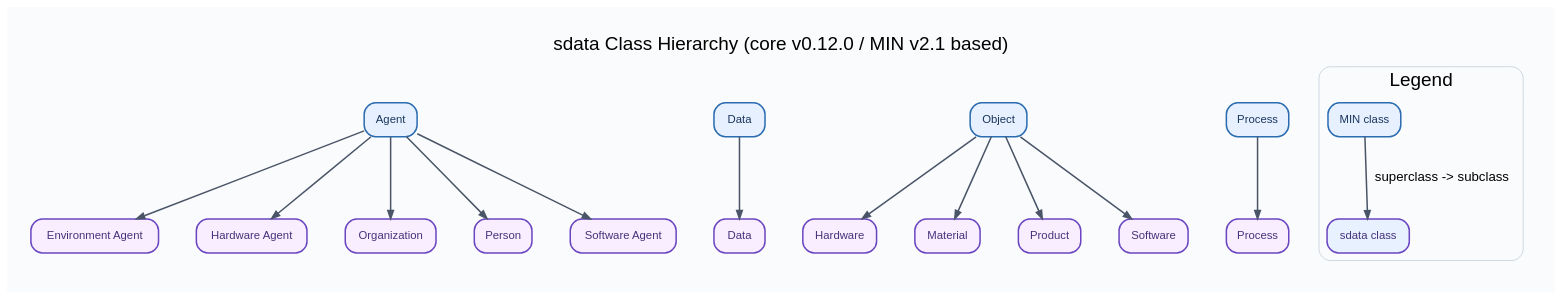
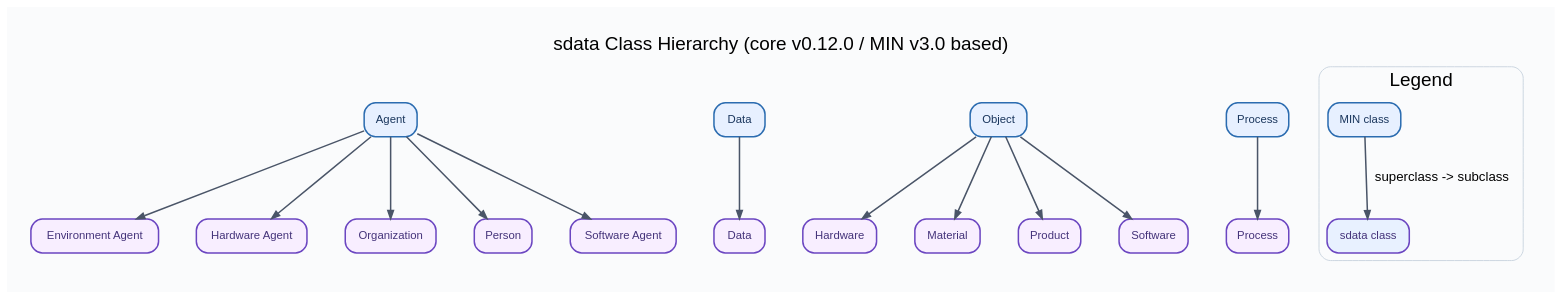
The diagram in docs/diagrams/sdata-class-hierarchy.dot (lepy/sdata-ontology), drawn with Graphviz before and after one commit. The commit also changed 27 other files, not shown here.

```diff
--- a/docs/diagrams/sdata-class-hierarchy.dot
+++ b/docs/diagrams/sdata-class-hierarchy.dot
@@ -1,119 +1,119 @@
 digraph "" {
 	graph [bgcolor="#FAFBFC",
 		fontname=Helvetica,
 		fontsize=20,
-		label="sdata Class Hierarchy (core v0.12.0 / MIN v2.1 based)",
+		label="sdata Class Hierarchy (core v0.12.0 / MIN v3.0 based)",
 		labeljust=c,
 		labelloc=t,
 		nodesep=0.55,
 		overlap=false,
 		pad=0.35,
 		rankdir=TB,
 		ranksep=1.0,
 		splines=true
 	];
 	node [fontname=Helvetica,
 		fontsize=12,
 		label="\N",
 		margin="0.14,0.08",
 		penwidth=1.6,
 		shape=box,
 		style="filled,rounded"
 	];
 	edge [arrowsize=0.85,
 		color="#4A5568",
 		fontname=Helvetica,
 		penwidth=1.6
 	];
 	subgraph min_rank {
 		graph [rank=same,
 			style=invis
 		];
 		"https://w3id.org/min#Agent"	[color="#2B6CB0",
 			fillcolor="#E7F0FF",
 			fontcolor="#1A365D",
 			label=Agent];
 		"https://w3id.org/min#Data"	[color="#2B6CB0",
 			fillcolor="#E7F0FF",
 			fontcolor="#1A365D",
 			label=Data];
 		"https://w3id.org/min#Object"	[color="#2B6CB0",
 			fillcolor="#E7F0FF",
 			fontcolor="#1A365D",
 			label=Object];
 		"https://w3id.org/min#Process"	[color="#2B6CB0",
 			fillcolor="#E7F0FF",
 			fontcolor="#1A365D",
 			label=Process];
 	}
 	subgraph cluster_legend {
 		graph [color="#CBD5E0",
 			label=Legend,
 			style=rounded
 		];
 		legend_min	[color="#2B6CB0",
 			fillcolor="#E7F0FF",
 			fontcolor="#1A365D",
 			label="MIN class"];
 		legend_sdata	[color="#6B46C1",
 			fillcolor="#E8F1FF",
 			fontcolor="#44337A",
 			label="sdata class"];
 		legend_min -> legend_sdata	[label="superclass -> subclass"];
 	}
 	"https://w3id.org/sdata/core/EnvironmentAgent"	[color="#6B46C1",
 		fillcolor="#F8EEFF",
 		fontcolor="#44337A",
 		label="Environment Agent"];
 	"https://w3id.org/min#Agent" -> "https://w3id.org/sdata/core/EnvironmentAgent";
 	"https://w3id.org/sdata/core/HardwareAgent"	[color="#6B46C1",
 		fillcolor="#F8EEFF",
 		fontcolor="#44337A",
 		label="Hardware Agent"];
 	"https://w3id.org/min#Agent" -> "https://w3id.org/sdata/core/HardwareAgent";
 	"https://w3id.org/sdata/core/Organization"	[color="#6B46C1",
 		fillcolor="#F8EEFF",
 		fontcolor="#44337A",
 		label=Organization];
 	"https://w3id.org/min#Agent" -> "https://w3id.org/sdata/core/Organization";
 	"https://w3id.org/sdata/core/Person"	[color="#6B46C1",
 		fillcolor="#F8EEFF",
 		fontcolor="#44337A",
 		label=Person];
 	"https://w3id.org/min#Agent" -> "https://w3id.org/sdata/core/Person";
 	"https://w3id.org/sdata/core/SoftwareAgent"	[color="#6B46C1",
 		fillcolor="#F8EEFF",
 		fontcolor="#44337A",
 		label="Software Agent"];
 	"https://w3id.org/min#Agent" -> "https://w3id.org/sdata/core/SoftwareAgent";
 	"https://w3id.org/sdata/core/Data"	[color="#6B46C1",
 		fillcolor="#F8EEFF",
 		fontcolor="#44337A",
 		label=Data];
 	"https://w3id.org/min#Data" -> "https://w3id.org/sdata/core/Data";
 	"https://w3id.org/sdata/core/Hardware"	[color="#6B46C1",
 		fillcolor="#F8EEFF",
 		fontcolor="#44337A",
 		label=Hardware];
 	"https://w3id.org/min#Object" -> "https://w3id.org/sdata/core/Hardware";
 	"https://w3id.org/sdata/core/Material"	[color="#6B46C1",
 		fillcolor="#F8EEFF",
 		fontcolor="#44337A",
 		label=Material];
 	"https://w3id.org/min#Object" -> "https://w3id.org/sdata/core/Material";
 	"https://w3id.org/sdata/core/Product"	[color="#6B46C1",
 		fillcolor="#F8EEFF",
 		fontcolor="#44337A",
 		label=Product];
 	"https://w3id.org/min#Object" -> "https://w3id.org/sdata/core/Product";
 	"https://w3id.org/sdata/core/Software"	[color="#6B46C1",
 		fillcolor="#F8EEFF",
 		fontcolor="#44337A",
 		label=Software];
 	"https://w3id.org/min#Object" -> "https://w3id.org/sdata/core/Software";
 	"https://w3id.org/sdata/core/Process"	[color="#6B46C1",
 		fillcolor="#F8EEFF",
 		fontcolor="#44337A",
 		label=Process];
 	"https://w3id.org/min#Process" -> "https://w3id.org/sdata/core/Process";
 }
```
